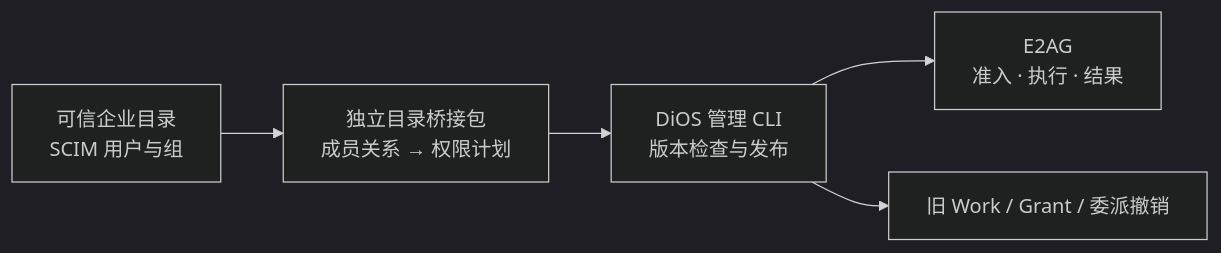
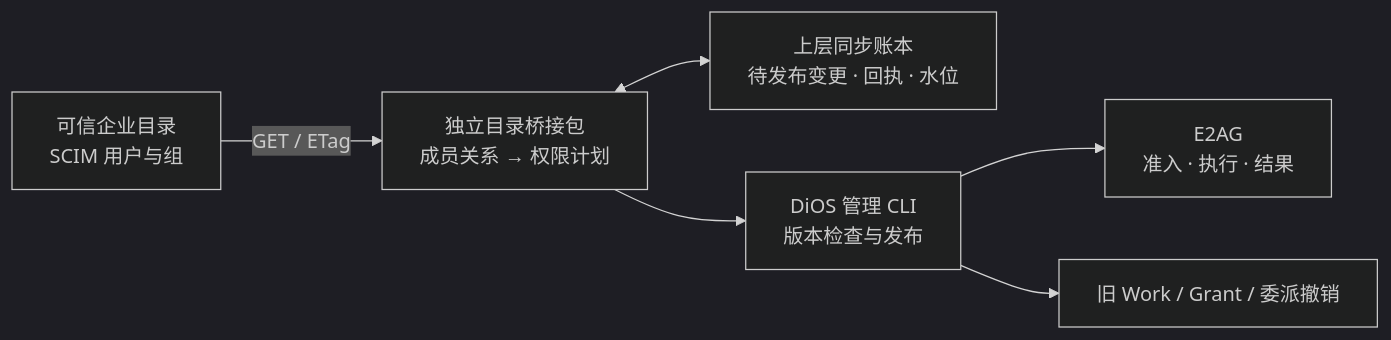
The diagram in docs/design/directory-mapping-36.md (HQIT/DiOS), drawn with Mermaid (dark theme) before and after one commit. The commit also changed other lines of this file and 15 other files, not shown here.

````diff
--- a/docs/design/directory-mapping-36.md
+++ b/docs/design/directory-mapping-36.md
@@ -7,7 +7,8 @@
 ```mermaid
 flowchart LR
-    S[可信企业目录<br/>SCIM 用户与组] --> P[独立目录桥接包<br/>成员关系 → 权限计划]
+    S[可信企业目录<br/>SCIM 用户与组] -->|GET / ETag| P[独立目录桥接包<br/>成员关系 → 权限计划]
+    P <--> J[上层同步账本<br/>待发布变更 · 回执 · 水位]
     P --> A[DiOS 管理 CLI<br/>版本检查与发布]
     A --> E[E2AG<br/>准入 · 执行 · 结果]
     A --> R[旧 Work / Grant / 委派撤销]
 ```
````
